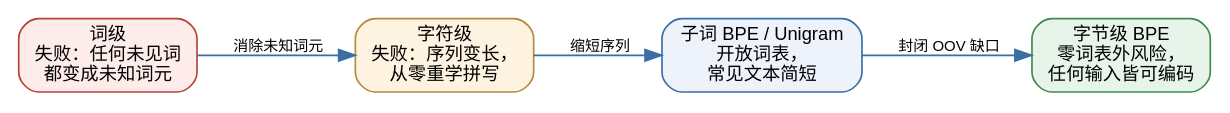
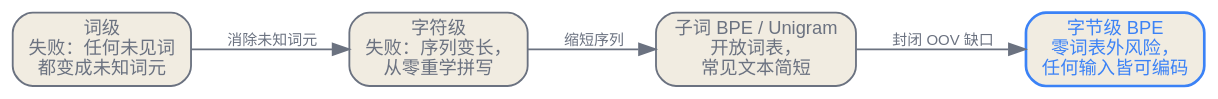
Before and after one commit to latere-ai/ai-as-an-infrastructure: the second of 2 diagrams in zh/p1-foundations/05-tokenization.qmd, drawn with Graphviz. The commit also changed other lines of this file and 186 other files, not shown here.

First line of the commit message:
book: visual audit pass on all diagrams and figures

````diff
--- a/zh/p1-foundations/05-tokenization.qmd
+++ b/zh/p1-foundations/05-tokenization.qmd
@@ -96,18 +97,19 @@
 ```{dot}
 //| label: fig-tokenization-evolution
 //| fig-cap: "从词级到字节级分词的谱系。每条箭头都标注了下一阶段所消除的失败。字节级 BPE 彻底封闭了词表外的缺口。"
 digraph evolution {
+  bgcolor="transparent";
   rankdir=LR;
-  node [shape=box, fontname="Helvetica", fontsize=11, style="rounded,filled"];
-  edge [fontname="Helvetica", fontsize=9, color="#3b6ea5"];
+  node [shape=box, fontname="Helvetica", fontsize=11, style="rounded,filled", fillcolor="#f1ece1", color="#6b7280", fontcolor="#6b7280", penwidth=1.1];
+  edge [fontname="Helvetica", fontsize=9, color="#6b7280", fontcolor="#6b7280"];
 
-  word    [label="词级\n失败：任何未见词\n都变成未知词元", fillcolor="#fdecea", color="#b5453b"];
-  char    [label="字符级\n失败：序列变长，\n从零重学拼写", fillcolor="#fdf3e0", color="#b58a3b"];
-  subword [label="子词 BPE / Unigram\n开放词表，\n常见文本简短", fillcolor="#eef3fb", color="#3b6ea5"];
-  byte    [label="字节级 BPE\n零词表外风险，\n任何输入皆可编码", fillcolor="#e7f4ea", color="#3f8a55"];
+  word    [label="词级\n失败：任何未见词\n都变成未知词元"];
+  char    [label="字符级\n失败：序列变长，\n从零重学拼写"];
+  subword [label="子词 BPE / Unigram\n开放词表，\n常见文本简短"];
+  byte    [label="字节级 BPE\n零词表外风险，\n任何输入皆可编码", color="#3b82f6", fontcolor="#3b82f6", penwidth=1.6];
 
   word    -> char    [label="  消除未知词元"];
   char    -> subword [label="  缩短序列"];
   subword -> byte    [label="  封闭 OOV 缺口"];
 }
 ```
````
